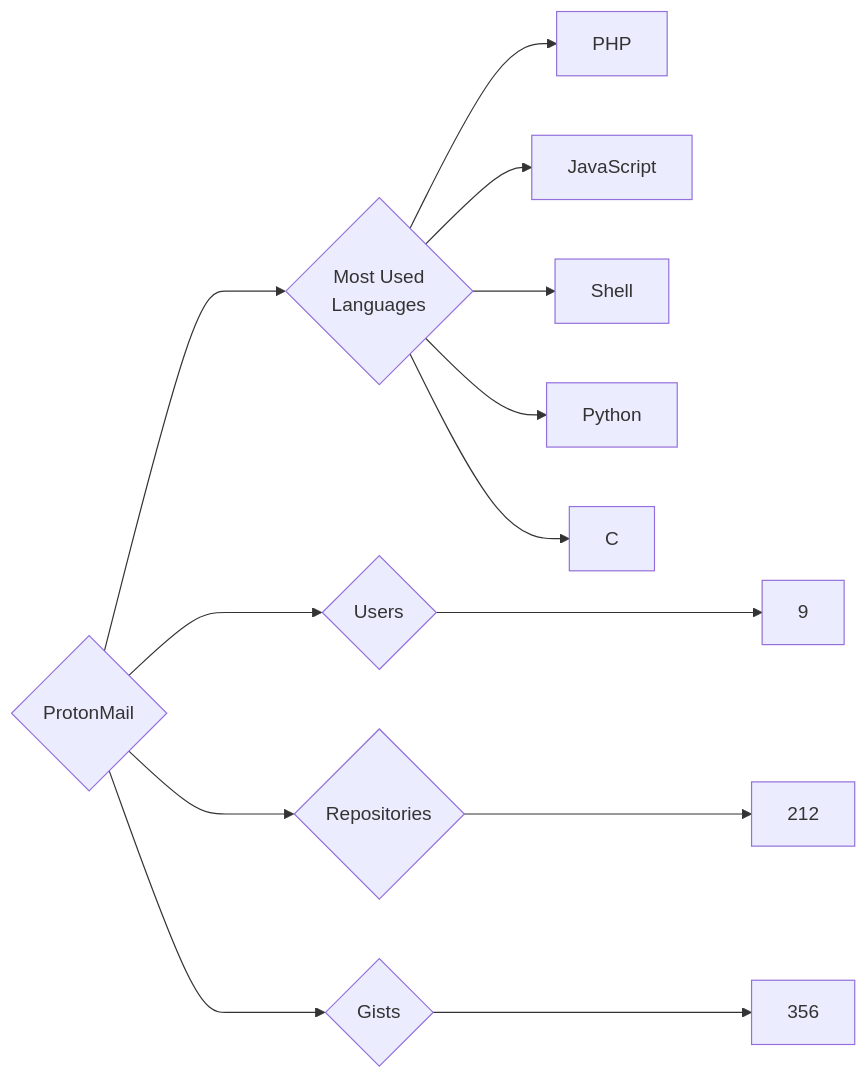
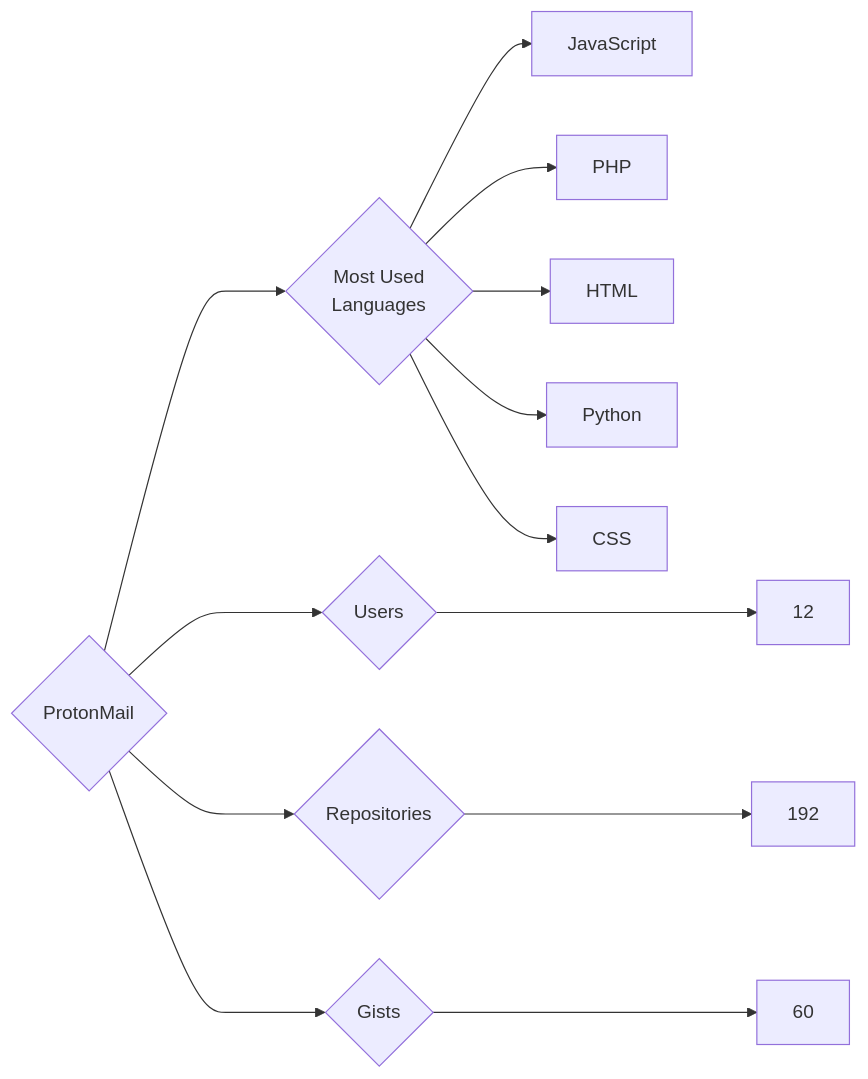
Before and after one commit to trickest/insiders: the diagram in targets/ProtonMail/README.md, drawn with Mermaid. The commit also changed 1389 other files, not shown here.

````diff
--- a/targets/ProtonMail/README.md
+++ b/targets/ProtonMail/README.md
@@ -3,13 +3,13 @@
 ```mermaid
 graph LR
 COMPANY_NAME{ProtonMail}
-COMPANY_NAME ---> U{Users} ---> UN[9]
-COMPANY_NAME ---> R{Repositories} ---> RN[212]
-COMPANY_NAME ---> G{Gists} ---> GN[356]
+COMPANY_NAME ---> U{Users} ---> UN[12]
+COMPANY_NAME ---> R{Repositories} ---> RN[192]
+COMPANY_NAME ---> G{Gists} ---> GN[60]
 COMPANY_NAME ---> ML{Most Used<br>Languages}
+ML --> JavaScript[JavaScript]
 ML --> PHP[PHP]
-ML --> JavaScript[JavaScript]
-ML --> Shell[Shell]
+ML --> HTML[HTML]
 ML --> Python[Python]
-ML --> C[C]
+ML --> CSS[CSS]
 ```
````
